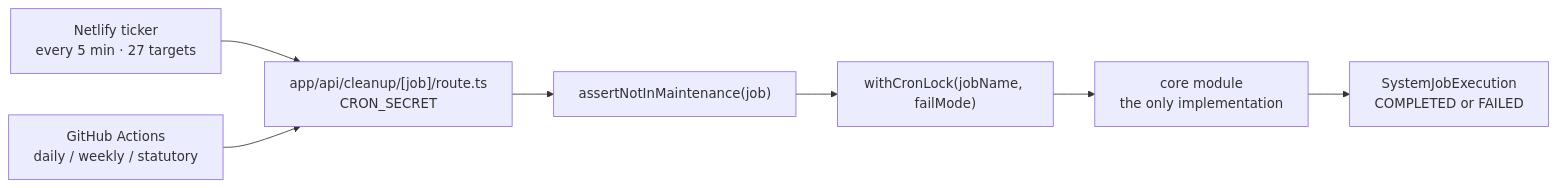
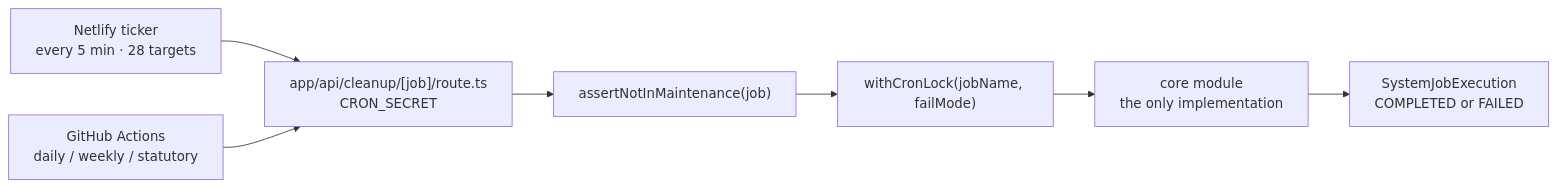
The second of 2 diagrams in docs/start-here/04-platform-architecture.md (Practitionist/familiarise_web), drawn with Mermaid before and after one commit. The commit also changed other lines of this file and 4 other files, not shown here.

````diff
--- a/docs/start-here/04-platform-architecture.md
+++ b/docs/start-here/04-platform-architecture.md
@@ -136,9 +136,9 @@
 ```mermaid
 flowchart LR
-    S1["Netlify ticker<br/>every 5 min · 27 targets"] --> R
+    S1["Netlify ticker<br/>every 5 min · 28 targets"] --> R
     S2["GitHub Actions<br/>daily / weekly / statutory"] --> R
     R["app/api/cleanup/[job]/route.ts<br/>CRON_SECRET"] --> G["assertNotInMaintenance(job)"]
     G --> L["withCronLock(jobName, failMode)"]
     L --> C["core module<br/>the only implementation"]
     C --> S["SystemJobExecution<br/>COMPLETED or FAILED"]
 ```
````
